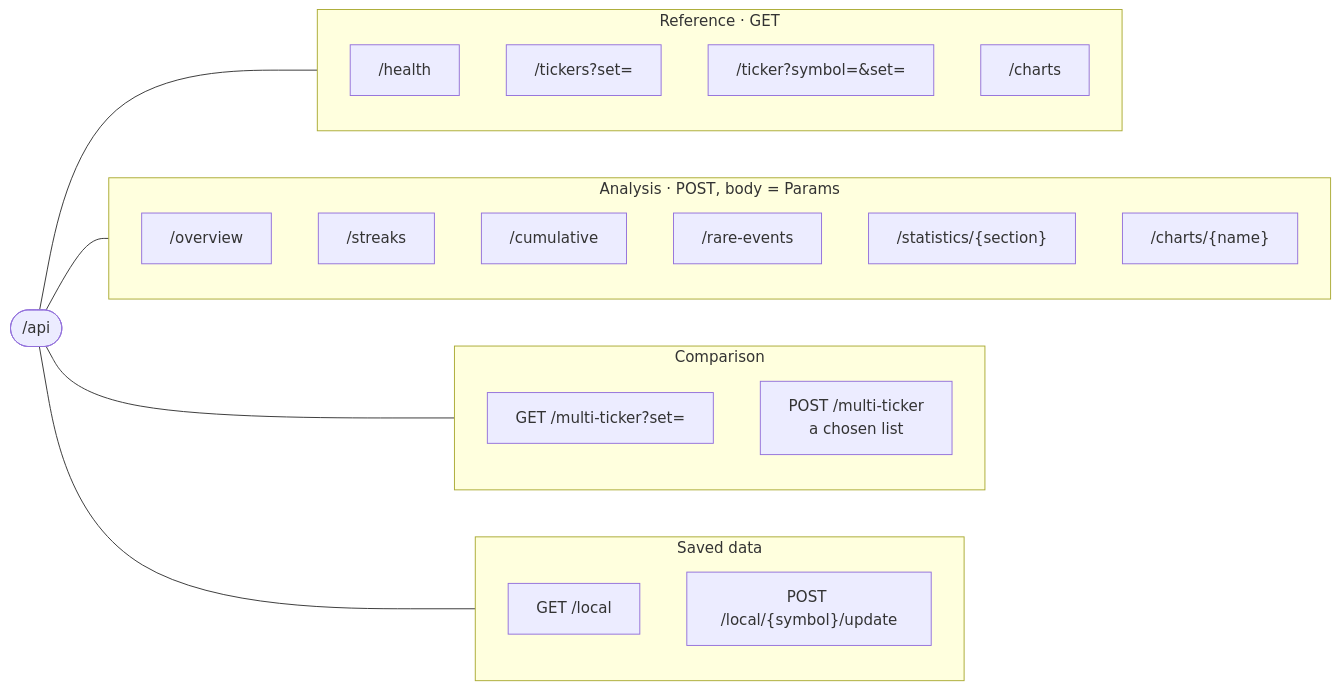
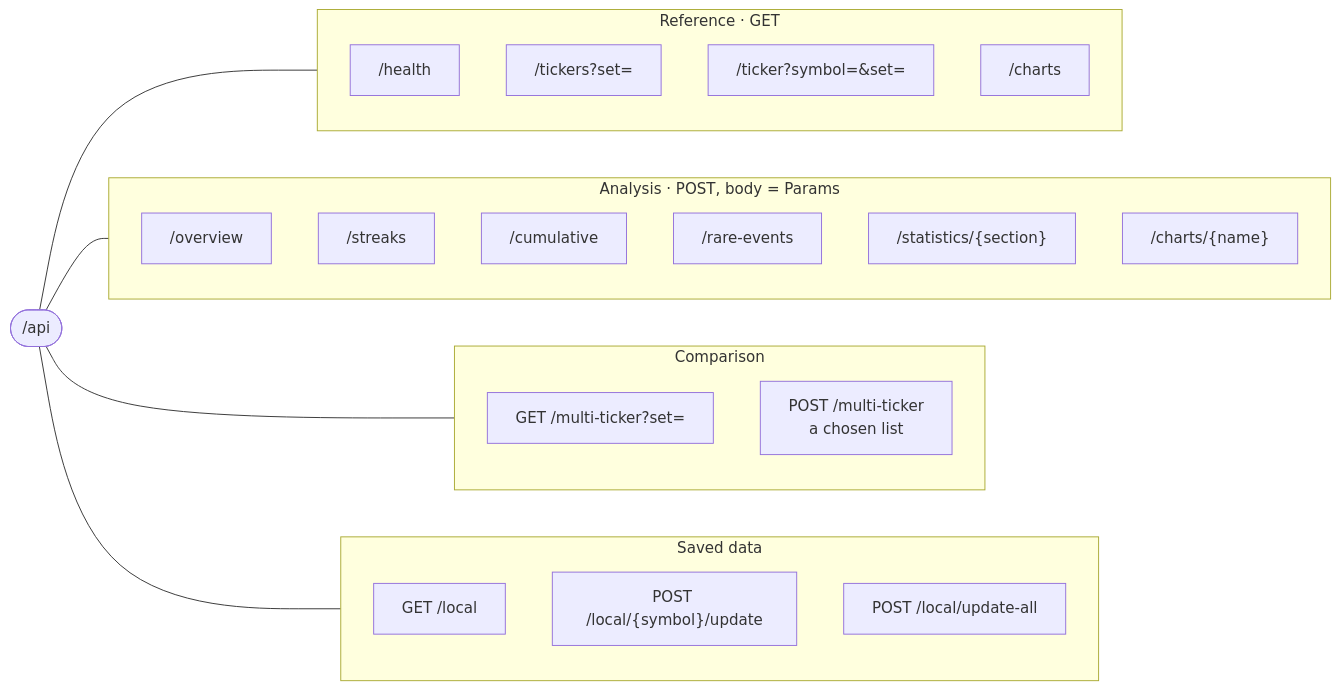
One commit to ds-playground/quant_dev changed the first of 3 diagrams in docs/api.md. Above: the diagram before and after it, drawn with Mermaid. The commit also changed other lines of this file and 7 other files, not shown here.

````diff
--- a/docs/api.md
+++ b/docs/api.md
@@ -49,34 +49,35 @@
 ```mermaid
 flowchart LR
     API(["/api"])
     subgraph REF["Reference · GET"]
         direction TB
         R1["/health"]
         R2["/tickers?set="]
         R3["/ticker?symbol=&set="]
         R4["/charts"]
     end
     subgraph AN["Analysis · POST, body = Params"]
         direction TB
         A1["/overview"]
         A2["/streaks"]
         A3["/cumulative"]
         A4["/rare-events"]
         A5["/statistics/{section}"]
         A6["/charts/{name}"]
     end
     subgraph CMP["Comparison"]
         direction TB
         M1["GET /multi-ticker?set="]
         M2["POST /multi-ticker<br/>a chosen list"]
     end
     subgraph LOC["Saved data"]
         direction TB
         L1["GET /local"]
         L2["POST /local/{symbol}/update"]
+        L3["POST /local/update-all"]
     end
     API --- REF
     API --- AN
     API --- CMP
     API --- LOC
 ```
````
